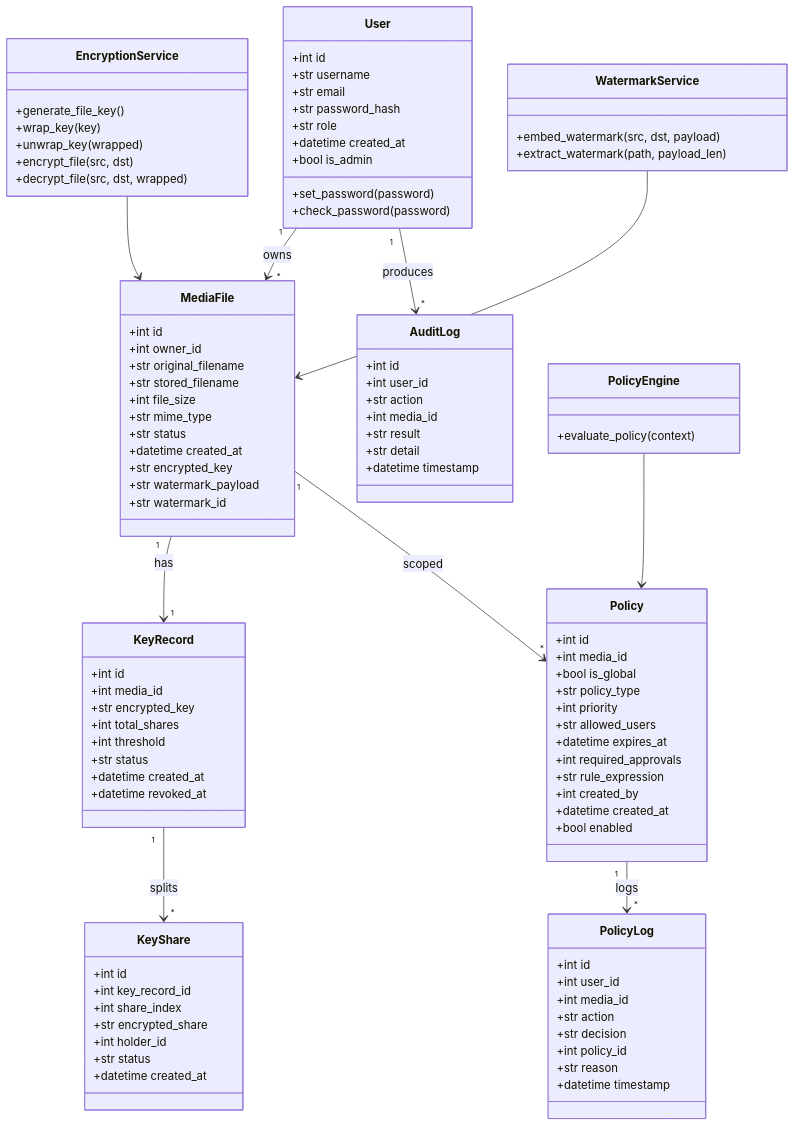
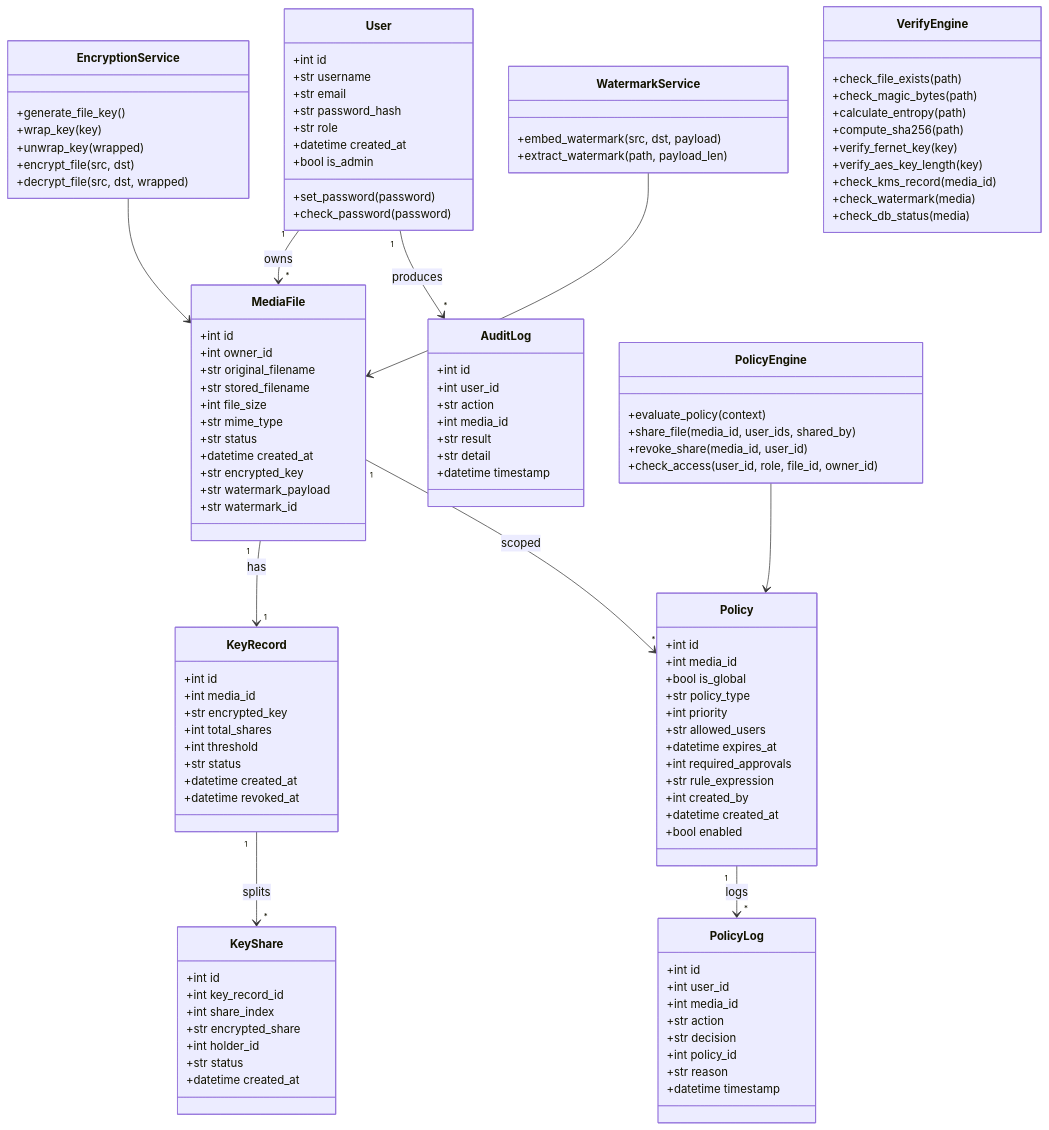
Before and after one commit to Gopi1603/videoaudio: the second of 8 diagrams in docs/uml-diagrams.md, drawn with Mermaid. The commit also changed other lines of this file and 18 other files, not shown here.

```diff
--- a/docs/uml-diagrams.md
+++ b/docs/uml-diagrams.md
@@ -144,6 +153,21 @@
 
   class PolicyEngine {
     +evaluate_policy(context)
+    +share_file(media_id, user_ids, shared_by)
+    +revoke_share(media_id, user_id)
+    +check_access(user_id, role, file_id, owner_id)
+  }
+
+  class VerifyEngine {
+    +check_file_exists(path)
+    +check_magic_bytes(path)
+    +calculate_entropy(path)
+    +compute_sha256(path)
+    +verify_fernet_key(key)
+    +verify_aes_key_length(key)
+    +check_kms_record(media_id)
+    +check_watermark(media)
+    +check_db_status(media)
   }
 
   User "1" --> "*" MediaFile : owns
```
